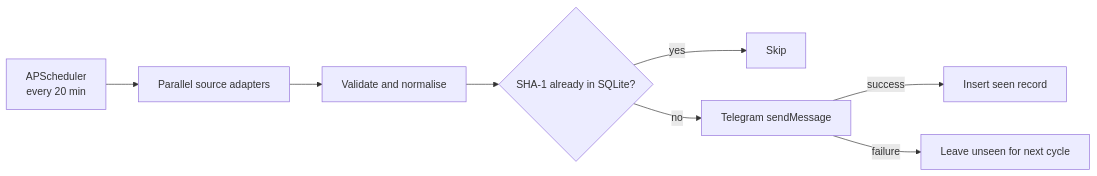
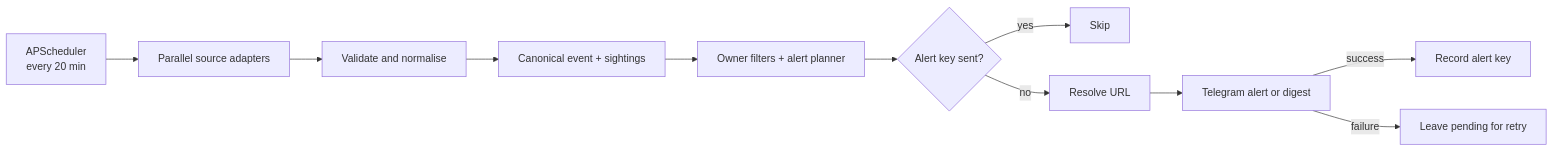
The diagram in README.md (arinze116/my-bot), drawn with Mermaid before and after one commit. The commit also changed other lines of this file and 31 other files, not shown here.

Commit message:
feat: canonical events, owner controls, and ongoing radar

````diff
--- a/README.md
+++ b/README.md
@@ -26,10 +33,13 @@
 ```mermaid
 flowchart LR
     A[APScheduler<br/>every 20 min] --> B[Parallel source adapters]
     B --> C[Validate and normalise]
-    C --> D{SHA-1 already in SQLite?}
-    D -- yes --> E[Skip]
-    D -- no --> F[Telegram sendMessage]
-    F -- success --> G[Insert seen record]
-    F -- failure --> H[Leave unseen for next cycle]
+    C --> D[Canonical event + sightings]
+    D --> E[Owner filters + alert planner]
+    E --> F{Alert key sent?}
+    F -- yes --> G[Skip]
+    F -- no --> H[Resolve URL]
+    H --> I[Telegram alert or digest]
+    I -- success --> J[Record alert key]
+    I -- failure --> K[Leave pending for retry]
 ```
````
